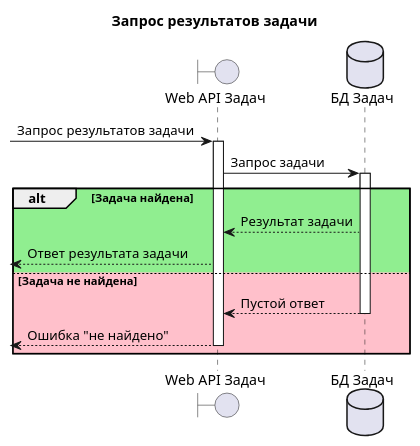
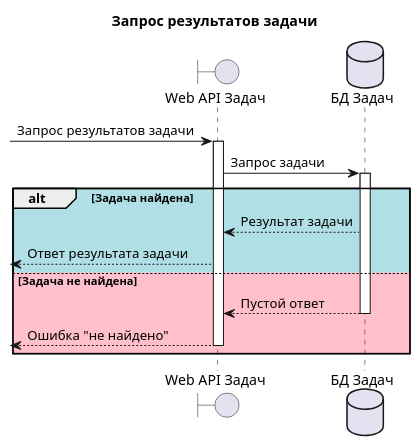
One commit to mrypdm/JobSystem changed the second of 3 diagrams in docs/diagrams/sequence/Job.WebApi.puml. Above: the diagram before and after it, drawn with PlantUML. The commit also changed other lines of this file and 2 other files, not shown here.

```diff
--- a/docs/diagrams/sequence/Job.WebApi.puml
+++ b/docs/diagrams/sequence/Job.WebApi.puml
@@ -28,23 +28,23 @@
 @startuml Get Job result
 
 title Запрос результатов задачи
 
 boundary "Web API Задач" as API
 database "БД Задач" as DB
 
 [-> API++: Запрос результатов задачи
 API -> DB++: Запрос задачи
 
-alt #LightGreen Задача найдена
+alt #PowderBlue Задача найдена
 
     DB --> API: Результат задачи
     API -->[: Ответ результата задачи
 
 else #Pink Задача не найдена
 
     DB --> API--: Пустой ответ
     API -->[--: Ошибка "не найдено"
 
 end
 
 @enduml
```
